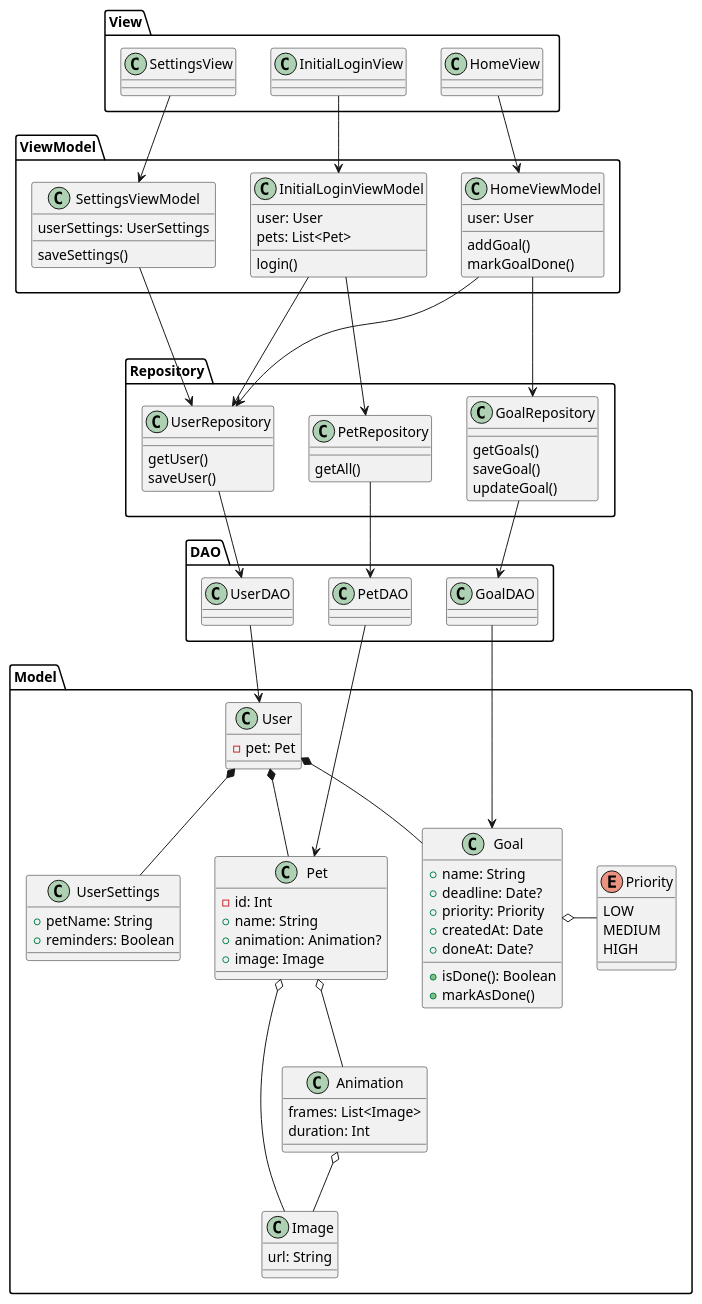
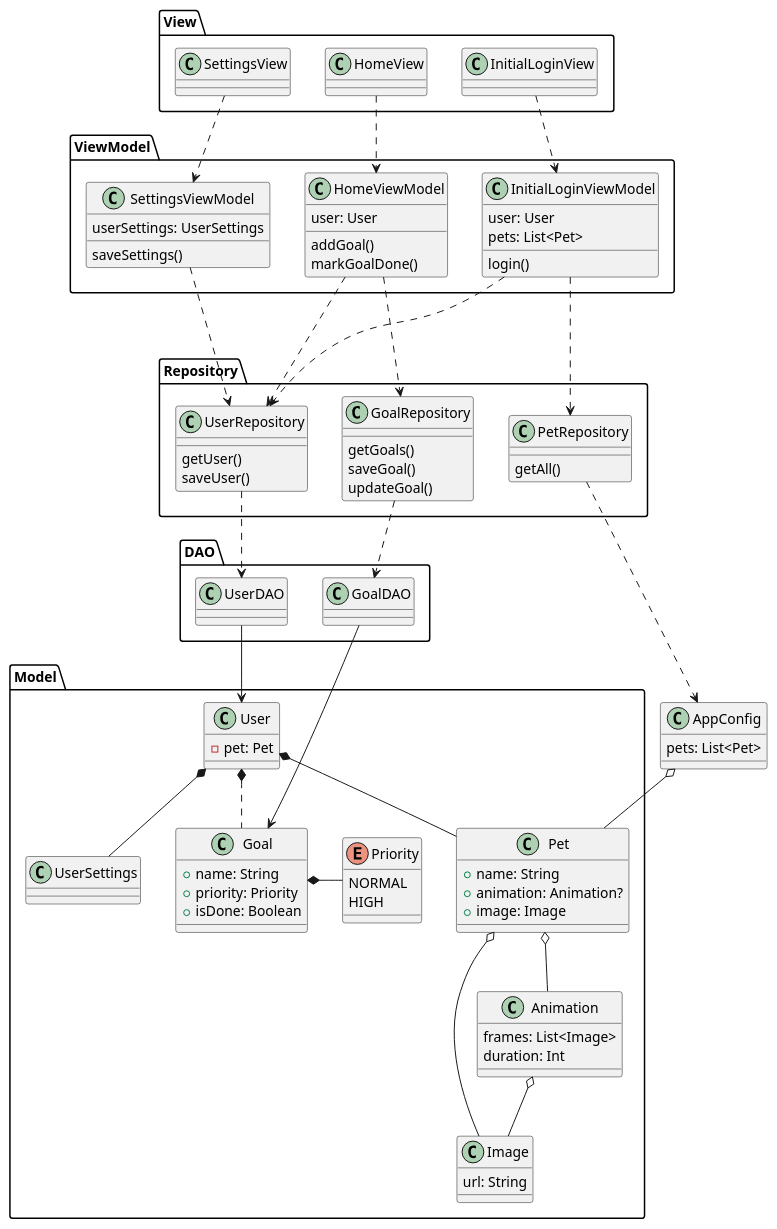
One commit to HabitHatch/HabitHatchApp changed the diagram in docs/class_diagram.puml. Above: the diagram before and after it, drawn with PlantUML. The commit also changed 38 other files, not shown here.

```diff
--- a/docs/class_diagram.puml
+++ b/docs/class_diagram.puml
@@ -1,124 +1,120 @@
 @startuml
 
 
 package Model{
-
     class Image{
         url: String
     }
 
     class Animation{
         frames: List<Image>
         duration: Int
     }
+
     class User {
         - pet: Pet
     }
-    class UserSettings{
-        + petName: String
-        + reminders: Boolean
-    }
+
 
     class Pet {
-        - id: Int
         + name: String
         + animation: Animation?
         + image: Image
     }
+
     enum Priority {
-        LOW
-        MEDIUM
+        NORMAL
         HIGH
     }
 
     class Goal {
         + name: String
-        + deadline: Date?
         + priority: Priority
-        + createdAt: Date
-        + doneAt: Date?
-        + isDone(): Boolean
-        + markAsDone()
+        + isDone: Boolean
     }
-    Goal o- Priority
+
+    Goal *- Priority
     User *-- Pet
-    User *-- Goal
+    User *.. Goal
     User *-- UserSettings
     Pet o-- Image
     Pet o-- Animation
     Animation o-- Image
-
 }
 
 package View{
     class InitialLoginView{
     }
 
     class HomeView {
     }
 
     class SettingsView{
     }
 }
 
 package ViewModel{
     class InitialLoginViewModel{
         login()
         user: User
         pets: List<Pet>
     }
     class HomeViewModel {
         addGoal()
         markGoalDone()
         user: User
     }
     class SettingsViewModel{
         userSettings: UserSettings
         saveSettings()
     }
 }
 
 package Repository{
     class UserRepository {
         getUser()
         saveUser()
     }
     class PetRepository{
         getAll()
     }
 
     class GoalRepository {
         getGoals()
         saveGoal()
         updateGoal()
     }
 }
 package DAO{
     class UserDAO
 
-    class PetDAO
 
     class GoalDAO
 }
 
-InitialLoginView -down-> InitialLoginViewModel
-HomeView -down-> HomeViewModel
-SettingsView -down-> SettingsViewModel
+class AppConfig{
+    pets: List<Pet>
+}
 
-InitialLoginViewModel -down--> UserRepository
-InitialLoginViewModel -down--> PetRepository
+AppConfig o-- Pet
+InitialLoginView .down.> InitialLoginViewModel
+HomeView .down.> HomeViewModel
+SettingsView .down.> SettingsViewModel
 
-HomeViewModel -down> GoalRepository
-HomeViewModel -down> UserRepository
+InitialLoginViewModel .down..> UserRepository
+InitialLoginViewModel .down..> PetRepository
 
-SettingsViewModel -down-> UserRepository
+HomeViewModel .down> GoalRepository
+HomeViewModel .down> UserRepository
+
+SettingsViewModel .down.> UserRepository
 
 
-PetRepository --down> PetDAO
-UserRepository --down> UserDAO
-GoalRepository --down> GoalDAO
+UserRepository ..down> UserDAO
+GoalRepository ..down> GoalDAO
+PetRepository ..down> AppConfig
 
-PetDAO -down-> Pet
+
 UserDAO -down-> User
 GoalDAO -down-> Goal
 @enduml
```
